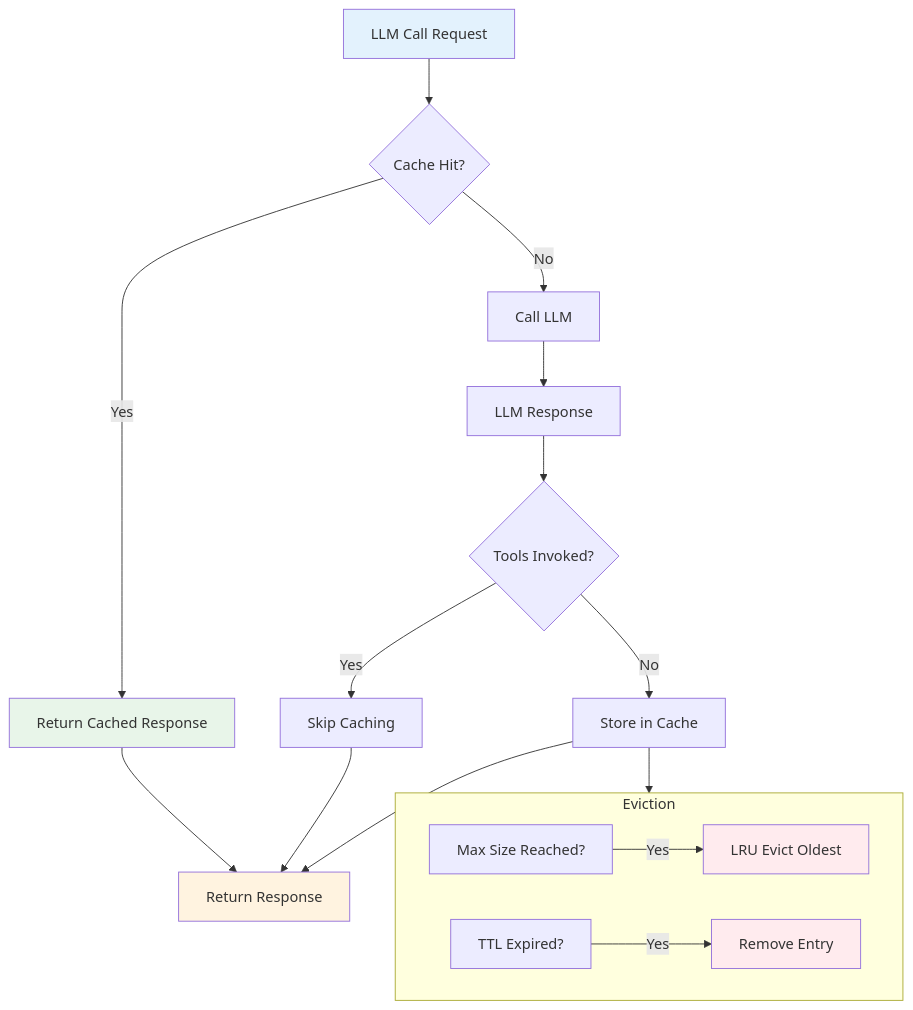
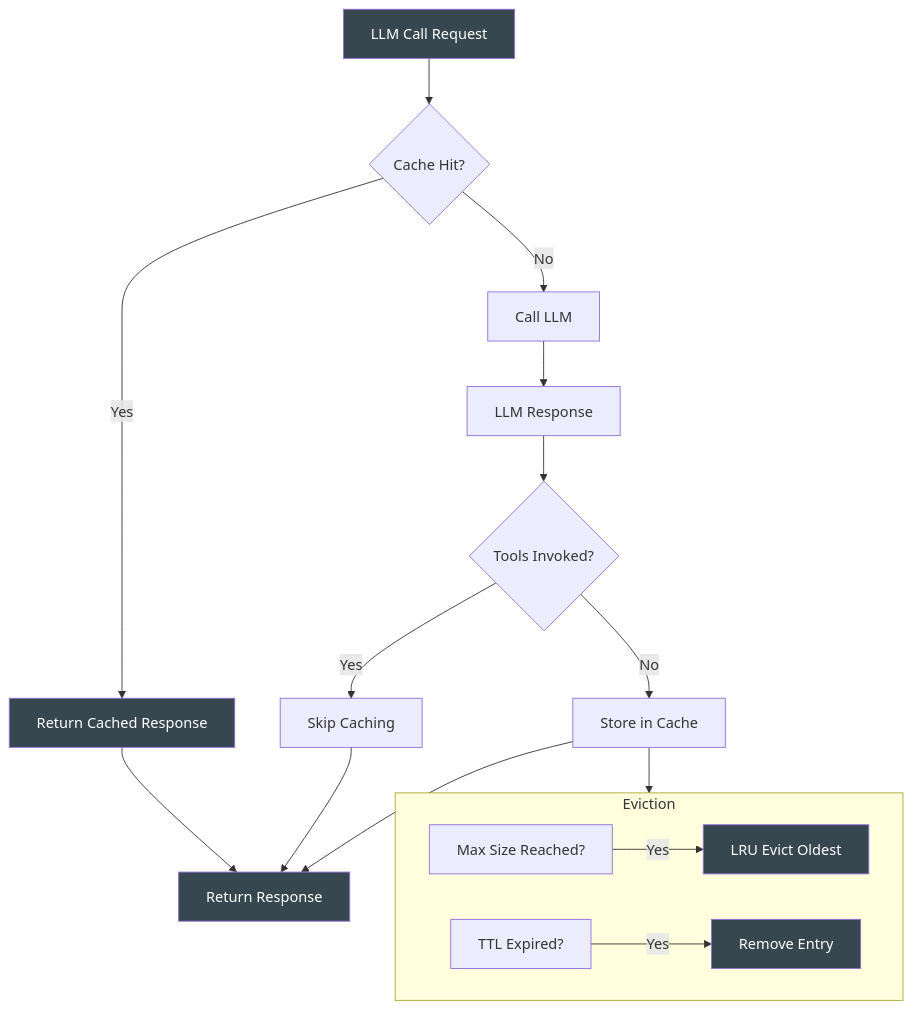
Before and after one commit to avoidwork/madz: the third of 5 diagrams in docs/OVERVIEW.md, drawn with Mermaid. The commit also changed other lines of this file, not shown here.

Commit message:
docs: standardize mermaid chart backgrounds to dark grey

````diff
--- a/docs/OVERVIEW.md
+++ b/docs/OVERVIEW.md
@@ -294,26 +294,26 @@
 ```mermaid
 flowchart TD
     A[LLM Call Request] --> B{Cache Hit?}
     B -->|Yes| C[Return Cached Response]
     B -->|No| D[Call LLM]
     D --> E[LLM Response]
     E --> F{Tools Invoked?}
     F -->|No| G[Store in Cache]
     F -->|Yes| H[Skip Caching]
     G --> I[Return Response]
     H --> I
     C --> I
 
     subgraph Eviction
         J[Max Size Reached?] -->|Yes| K[LRU Evict Oldest]
         L[TTL Expired?] -->|Yes| M[Remove Entry]
     end
 
     G --> Eviction
 
-    style A fill:#e3f2fd
-    style C fill:#e8f5e9
-    style I fill:#fff3e0
-    style K fill:#ffebee
-    style M fill:#ffebee
+    style A fill:#37474f,color:#fff
+    style C fill:#37474f,color:#fff
+    style I fill:#37474f,color:#fff
+    style K fill:#37474f,color:#fff
+    style M fill:#37474f,color:#fff
 ```
````
